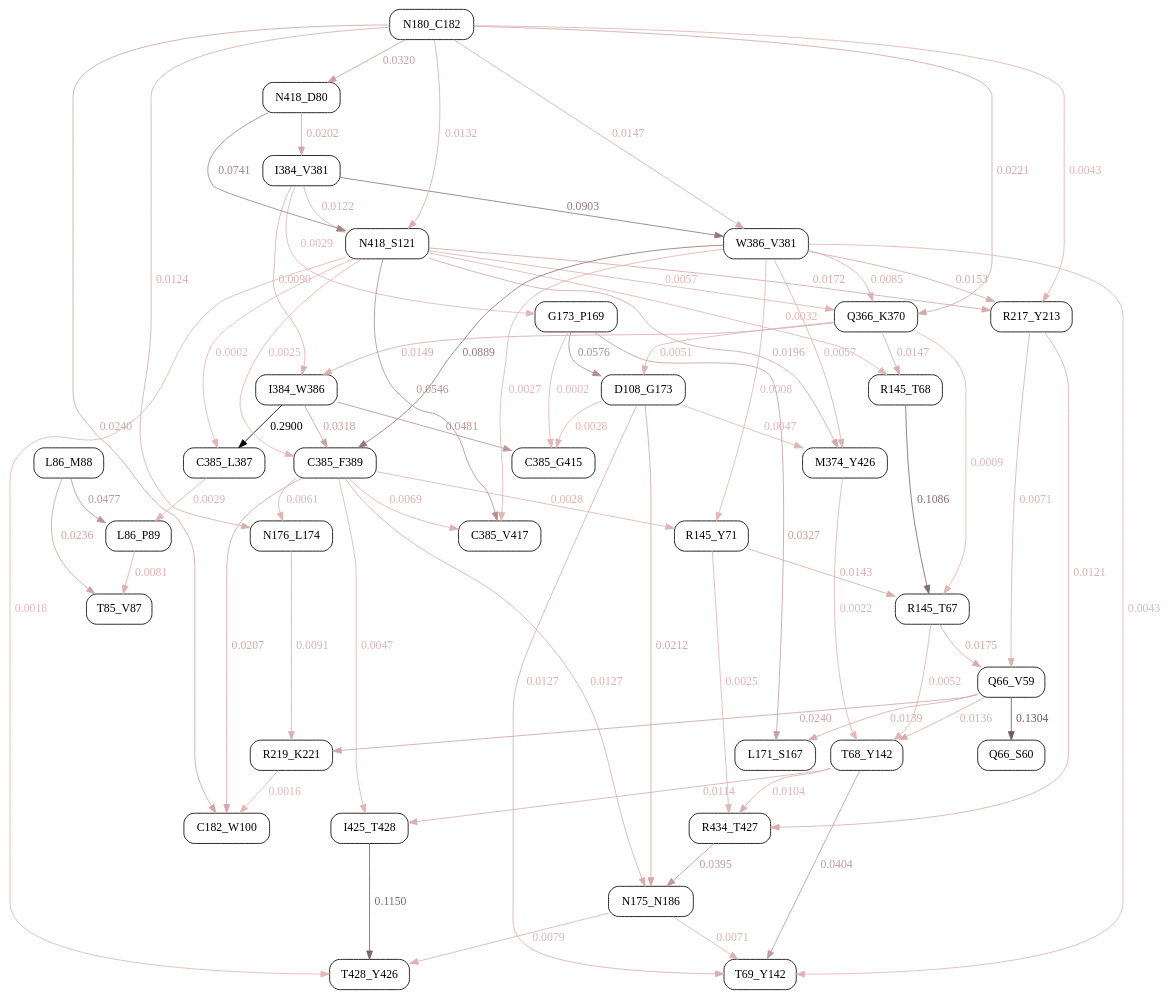
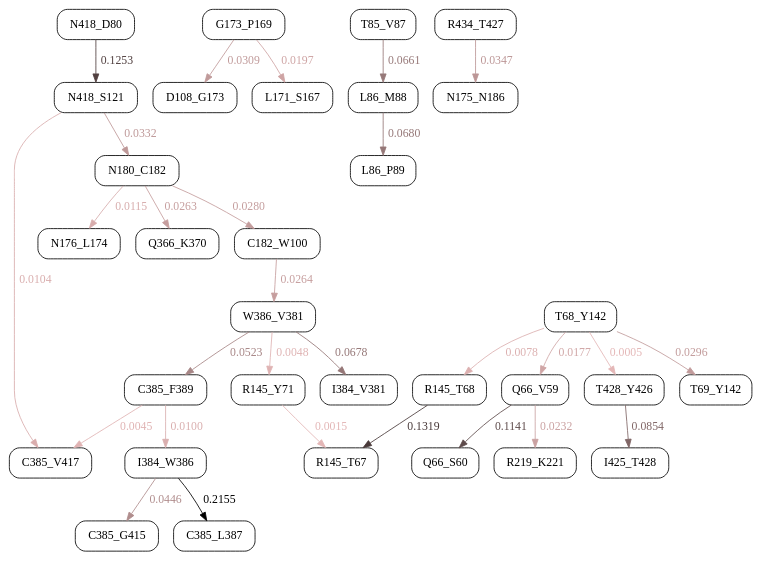
One commit to bandyt-group/drumbeat changed the diagram in drumbeat_demo/universalgraph.dot. Above: the diagram before and after it, drawn with Graphviz. The commit also changed 4 other files, not shown here.

```diff
--- a/drumbeat_demo/universalgraph.dot
+++ b/drumbeat_demo/universalgraph.dot
@@ -1,109 +1,59 @@
 digraph G{
  ratio=fill;
  node [shape=box, style=rounded];
             edge [penwidth=1];
 "C182_W100";
 "C385_F389";
 "C385_G415";
 "C385_L387";
 "C385_V417";
 "D108_G173";
-"G173_P169";
 "I384_V381";
 "I384_W386";
 "I425_T428";
 "L171_S167";
+"L86_M88";
 "L86_P89";
-"M374_Y426";
 "N175_N186";
 "N176_L174";
-"N418_D80";
+"N180_C182";
 "N418_S121";
 "Q366_K370";
 "Q66_S60";
 "Q66_V59";
 "R145_T67";
 "R145_T68";
 "R145_Y71";
-"R217_Y213";
 "R219_K221";
-"R434_T427";
 "T428_Y426";
-"T68_Y142";
 "T69_Y142";
-"T85_V87";
 "W386_V381";
-"C385_F389" -> "C182_W100" [color="0 .2 0.8285853490435748", fontcolor="0 .2 0.8285853490435748", style=bold, label="0.0207" ];
-"N180_C182" -> "C182_W100" [color="0 .2 0.8174130811180798", fontcolor="0 .2 0.8174130811180798", style=bold, label="0.0240" ];
-"R219_K221" -> "C182_W100" [color="0 .2 0.8946348844006938", fontcolor="0 .2 0.8946348844006938", style=bold, label="0.0016" ];
-"I384_W386" -> "C385_F389" [color="0 .2 0.7903559105550272", fontcolor="0 .2 0.7903559105550272", style=bold, label="0.0318" ];
-"N418_S121" -> "C385_F389" [color="0 .2 0.8912407640443717", fontcolor="0 .2 0.8912407640443717", style=bold, label="0.0025" ];
-"W386_V381" -> "C385_F389" [color="0 .2 0.5934226361759604", fontcolor="0 .2 0.5934226361759604", style=bold, label="0.0889" ];
-"D108_G173" -> "C385_G415" [color="0 .2 0.8902363921918073", fontcolor="0 .2 0.8902363921918073", style=bold, label="0.0028" ];
-"G173_P169" -> "C385_G415" [color="0 .2 0.8993305497165239", fontcolor="0 .2 0.8993305497165239", style=bold, label="0.0002" ];
-"I384_W386" -> "C385_G415" [color="0 .2 0.7342658685353703", fontcolor="0 .2 0.7342658685353703", style=bold, label="0.0481" ];
-"I384_W386" -> "C385_L387" [color="0 .2 -0.09999999999999998", fontcolor="0 .2 -0.09999999999999998", style=bold, label="0.2900" ];
-"N418_S121" -> "C385_L387" [color="0 .2 0.8994817751126806", fontcolor="0 .2 0.8994817751126806", style=bold, label="0.0002" ];
-"C385_F389" -> "C385_V417" [color="0 .2 0.876319548264579", fontcolor="0 .2 0.876319548264579", style=bold, label="0.0069" ];
-"N418_S121" -> "C385_V417" [color="0 .2 0.7116687228171077", fontcolor="0 .2 0.7116687228171077", style=bold, label="0.0546" ];
-"W386_V381" -> "C385_V417" [color="0 .2 0.8905741632288419", fontcolor="0 .2 0.8905741632288419", style=bold, label="0.0027" ];
-"G173_P169" -> "D108_G173" [color="0 .2 0.7014053521349494", fontcolor="0 .2 0.7014053521349494", style=bold, label="0.0576" ];
-"Q366_K370" -> "D108_G173" [color="0 .2 0.882250006439144", fontcolor="0 .2 0.882250006439144", style=bold, label="0.0051" ];
-"I384_V381" -> "G173_P169" [color="0 .2 0.8898295851142765", fontcolor="0 .2 0.8898295851142765", style=bold, label="0.0029" ];
-"N418_D80" -> "I384_V381" [color="0 .2 0.8305017140610318", fontcolor="0 .2 0.8305017140610318", style=bold, label="0.0202" ];
-"I384_V381" -> "I384_W386" [color="0 .2 0.8689987592769831", fontcolor="0 .2 0.8689987592769831", style=bold, label="0.0090" ];
-"Q366_K370" -> "I384_W386" [color="0 .2 0.848665141378832", fontcolor="0 .2 0.848665141378832", style=bold, label="0.0149" ];
-"C385_F389" -> "I425_T428" [color="0 .2 0.8837789976748365", fontcolor="0 .2 0.8837789976748365", style=bold, label="0.0047" ];
-"T68_Y142" -> "I425_T428" [color="0 .2 0.8607588079548039", fontcolor="0 .2 0.8607588079548039", style=bold, label="0.0114" ];
-"G173_P169" -> "L171_S167" [color="0 .2 0.7873103721355497", fontcolor="0 .2 0.7873103721355497", style=bold, label="0.0327" ];
-"Q66_V59" -> "L171_S167" [color="0 .2 0.8522232424791256", fontcolor="0 .2 0.8522232424791256", style=bold, label="0.0139" ];
-"C385_L387" -> "L86_P89" [color="0 .2 0.8901606821750754", fontcolor="0 .2 0.8901606821750754", style=bold, label="0.0029" ];
-"L86_M88" -> "L86_P89" [color="0 .2 0.735552358108375", fontcolor="0 .2 0.735552358108375", style=bold, label="0.0477" ];
-"D108_G173" -> "M374_Y426" [color="0 .2 0.8836685276340341", fontcolor="0 .2 0.8836685276340341", style=bold, label="0.0047" ];
-"N418_S121" -> "M374_Y426" [color="0 .2 0.8322475500832656", fontcolor="0 .2 0.8322475500832656", style=bold, label="0.0196" ];
-"W386_V381" -> "M374_Y426" [color="0 .2 0.8802236127614718", fontcolor="0 .2 0.8802236127614718", style=bold, label="0.0057" ];
-"C385_F389" -> "N175_N186" [color="0 .2 0.8562907831441111", fontcolor="0 .2 0.8562907831441111", style=bold, label="0.0127" ];
-"D108_G173" -> "N175_N186" [color="0 .2 0.8270614983680814", fontcolor="0 .2 0.8270614983680814", style=bold, label="0.0212" ];
-"R434_T427" -> "N175_N186" [color="0 .2 0.7636446986085993", fontcolor="0 .2 0.7636446986085993", style=bold, label="0.0395" ];
-"C385_F389" -> "N176_L174" [color="0 .2 0.8788474175489095", fontcolor="0 .2 0.8788474175489095", style=bold, label="0.0061" ];
-"N180_C182" -> "N176_L174" [color="0 .2 0.8572983075961211", fontcolor="0 .2 0.8572983075961211", style=bold, label="0.0124" ];
-"N180_C182" -> "N418_D80" [color="0 .2 0.7895731413532788", fontcolor="0 .2 0.7895731413532788", style=bold, label="0.0320" ];
-"I384_V381" -> "N418_S121" [color="0 .2 0.8578131568547536", fontcolor="0 .2 0.8578131568547536", style=bold, label="0.0122" ];
-"N180_C182" -> "N418_S121" [color="0 .2 0.8543682182998528", fontcolor="0 .2 0.8543682182998528", style=bold, label="0.0132" ];
-"N418_D80" -> "N418_S121" [color="0 .2 0.6445202541826643", fontcolor="0 .2 0.6445202541826643", style=bold, label="0.0741" ];
-"N180_C182" -> "Q366_K370" [color="0 .2 0.8238116616899082", fontcolor="0 .2 0.8238116616899082", style=bold, label="0.0221" ];
-"N418_S121" -> "Q366_K370" [color="0 .2 0.8802771803031387", fontcolor="0 .2 0.8802771803031387", style=bold, label="0.0057" ];
-"W386_V381" -> "Q366_K370" [color="0 .2 0.8705885145479673", fontcolor="0 .2 0.8705885145479673", style=bold, label="0.0085" ];
-"Q66_V59" -> "Q66_S60" [color="0 .2 0.45052590434688944", fontcolor="0 .2 0.45052590434688944", style=bold, label="0.1304" ];
-"R145_T67" -> "Q66_V59" [color="0 .2 0.839648219312405", fontcolor="0 .2 0.839648219312405", style=bold, label="0.0175" ];
-"R217_Y213" -> "Q66_V59" [color="0 .2 0.8756775821170523", fontcolor="0 .2 0.8756775821170523", style=bold, label="0.0071" ];
-"Q366_K370" -> "R145_T67" [color="0 .2 0.8968438312719065", fontcolor="0 .2 0.8968438312719065", style=bold, label="0.0009" ];
-"R145_T68" -> "R145_T67" [color="0 .2 0.5253789954621848", fontcolor="0 .2 0.5253789954621848", style=bold, label="0.1086" ];
-"R145_Y71" -> "R145_T67" [color="0 .2 0.8508268167708435", fontcolor="0 .2 0.8508268167708435", style=bold, label="0.0143" ];
-"N418_S121" -> "R145_T68" [color="0 .2 0.8888239820320728", fontcolor="0 .2 0.8888239820320728", style=bold, label="0.0032" ];
-"Q366_K370" -> "R145_T68" [color="0 .2 0.8491541850591808", fontcolor="0 .2 0.8491541850591808", style=bold, label="0.0147" ];
-"C385_F389" -> "R145_Y71" [color="0 .2 0.8902832337260054", fontcolor="0 .2 0.8902832337260054", style=bold, label="0.0028" ];
-"W386_V381" -> "R145_Y71" [color="0 .2 0.8972114931284116", fontcolor="0 .2 0.8972114931284116", style=bold, label="0.0008" ];
-"N180_C182" -> "R217_Y213" [color="0 .2 0.8851593712006374", fontcolor="0 .2 0.8851593712006374", style=bold, label="0.0043" ];
-"N418_S121" -> "R217_Y213" [color="0 .2 0.8406746156409538", fontcolor="0 .2 0.8406746156409538", style=bold, label="0.0172" ];
-"W386_V381" -> "R217_Y213" [color="0 .2 0.847180259147244", fontcolor="0 .2 0.847180259147244", style=bold, label="0.0153" ];
-"N176_L174" -> "R219_K221" [color="0 .2 0.8687805866464624", fontcolor="0 .2 0.8687805866464624", style=bold, label="0.0091" ];
-"Q66_V59" -> "R219_K221" [color="0 .2 0.8172462149799795", fontcolor="0 .2 0.8172462149799795", style=bold, label="0.0240" ];
-"R145_Y71" -> "R434_T427" [color="0 .2 0.8914486348770232", fontcolor="0 .2 0.8914486348770232", style=bold, label="0.0025" ];
-"R217_Y213" -> "R434_T427" [color="0 .2 0.8581904822386356", fontcolor="0 .2 0.8581904822386356", style=bold, label="0.0121" ];
-"T68_Y142" -> "R434_T427" [color="0 .2 0.8640093308619725", fontcolor="0 .2 0.8640093308619725", style=bold, label="0.0104" ];
-"I425_T428" -> "T428_Y426" [color="0 .2 0.5035771669485423", fontcolor="0 .2 0.5035771669485423", style=bold, label="0.1150" ];
-"N175_N186" -> "T428_Y426" [color="0 .2 0.872591385404682", fontcolor="0 .2 0.872591385404682", style=bold, label="0.0079" ];
-"N418_S121" -> "T428_Y426" [color="0 .2 0.8937340745765419", fontcolor="0 .2 0.8937340745765419", style=bold, label="0.0018" ];
-"M374_Y426" -> "T68_Y142" [color="0 .2 0.8925070472730476", fontcolor="0 .2 0.8925070472730476", style=bold, label="0.0022" ];
-"Q66_V59" -> "T68_Y142" [color="0 .2 0.8529373627248414", fontcolor="0 .2 0.8529373627248414", style=bold, label="0.0136" ];
-"R145_T67" -> "T68_Y142" [color="0 .2 0.8819264113585222", fontcolor="0 .2 0.8819264113585222", style=bold, label="0.0052" ];
-"D108_G173" -> "T69_Y142" [color="0 .2 0.8560902833347065", fontcolor="0 .2 0.8560902833347065", style=bold, label="0.0127" ];
-"N175_N186" -> "T69_Y142" [color="0 .2 0.8755557002241373", fontcolor="0 .2 0.8755557002241373", style=bold, label="0.0071" ];
-"T68_Y142" -> "T69_Y142" [color="0 .2 0.7606211211766212", fontcolor="0 .2 0.7606211211766212", style=bold, label="0.0404" ];
-"W386_V381" -> "T69_Y142" [color="0 .2 0.8852479081783096", fontcolor="0 .2 0.8852479081783096", style=bold, label="0.0043" ];
-"L86_M88" -> "T85_V87" [color="0 .2 0.8187188385004563", fontcolor="0 .2 0.8187188385004563", style=bold, label="0.0236" ];
-"L86_P89" -> "T85_V87" [color="0 .2 0.8722098144371738", fontcolor="0 .2 0.8722098144371738", style=bold, label="0.0081" ];
-"I384_V381" -> "W386_V381" [color="0 .2 0.5885968367943015", fontcolor="0 .2 0.5885968367943015", style=bold, label="0.0903" ];
-"N180_C182" -> "W386_V381" [color="0 .2 0.8492274967147752", fontcolor="0 .2 0.8492274967147752", style=bold, label="0.0147" ];
+"N180_C182" -> "C182_W100" [color="0 .2 0.7701079634683251", fontcolor="0 .2 0.7701079634683251", style=bold, label="0.0280" ];
+"W386_V381" -> "C385_F389" [color="0 .2 0.6573382933363658", fontcolor="0 .2 0.6573382933363658", style=bold, label="0.0523" ];
+"I384_W386" -> "C385_G415" [color="0 .2 0.6932361890863386", fontcolor="0 .2 0.6932361890863386", style=bold, label="0.0446" ];
+"I384_W386" -> "C385_L387" [color="0 .2 -0.09999999999999998", fontcolor="0 .2 -0.09999999999999998", style=bold, label="0.2155" ];
+"C385_F389" -> "C385_V417" [color="0 .2 0.8789199295783389", fontcolor="0 .2 0.8789199295783389", style=bold, label="0.0045" ];
+"N418_S121" -> "C385_V417" [color="0 .2 0.8517998680213691", fontcolor="0 .2 0.8517998680213691", style=bold, label="0.0104" ];
+"G173_P169" -> "D108_G173" [color="0 .2 0.7568168805435449", fontcolor="0 .2 0.7568168805435449", style=bold, label="0.0309" ];
+"W386_V381" -> "I384_V381" [color="0 .2 0.5852971734593468", fontcolor="0 .2 0.5852971734593468", style=bold, label="0.0678" ];
+"C385_F389" -> "I384_W386" [color="0 .2 0.8536229900296655", fontcolor="0 .2 0.8536229900296655", style=bold, label="0.0100" ];
+"T428_Y426" -> "I425_T428" [color="0 .2 0.5039025712475934", fontcolor="0 .2 0.5039025712475934", style=bold, label="0.0854" ];
+"G173_P169" -> "L171_S167" [color="0 .2 0.8087061882624397", fontcolor="0 .2 0.8087061882624397", style=bold, label="0.0197" ];
+"T85_V87" -> "L86_M88" [color="0 .2 0.5933719313349606", fontcolor="0 .2 0.5933719313349606", style=bold, label="0.0661" ];
+"L86_M88" -> "L86_P89" [color="0 .2 0.584363272619429", fontcolor="0 .2 0.584363272619429", style=bold, label="0.0680" ];
+"R434_T427" -> "N175_N186" [color="0 .2 0.738905747084684", fontcolor="0 .2 0.738905747084684", style=bold, label="0.0347" ];
+"N180_C182" -> "N176_L174" [color="0 .2 0.8467059845000986", fontcolor="0 .2 0.8467059845000986", style=bold, label="0.0115" ];
+"N418_S121" -> "N180_C182" [color="0 .2 0.7459997782425164", fontcolor="0 .2 0.7459997782425164", style=bold, label="0.0332" ];
+"N418_D80" -> "N418_S121" [color="0 .2 0.31852561266657275", fontcolor="0 .2 0.31852561266657275", style=bold, label="0.1253" ];
+"N180_C182" -> "Q366_K370" [color="0 .2 0.7780131782776085", fontcolor="0 .2 0.7780131782776085", style=bold, label="0.0263" ];
+"Q66_V59" -> "Q66_S60" [color="0 .2 0.3704965280571577", fontcolor="0 .2 0.3704965280571577", style=bold, label="0.1141" ];
+"T68_Y142" -> "Q66_V59" [color="0 .2 0.8177216434362913", fontcolor="0 .2 0.8177216434362913", style=bold, label="0.0177" ];
+"R145_T68" -> "R145_T67" [color="0 .2 0.2879343679398634", fontcolor="0 .2 0.2879343679398634", style=bold, label="0.1319" ];
+"R145_Y71" -> "R145_T67" [color="0 .2 0.8932221181422247", fontcolor="0 .2 0.8932221181422247", style=bold, label="0.0015" ];
+"T68_Y142" -> "R145_T68" [color="0 .2 0.8638992253039444", fontcolor="0 .2 0.8638992253039444", style=bold, label="0.0078" ];
+"W386_V381" -> "R145_Y71" [color="0 .2 0.8777361827382768", fontcolor="0 .2 0.8777361827382768", style=bold, label="0.0048" ];
+"Q66_V59" -> "R219_K221" [color="0 .2 0.7925886830831114", fontcolor="0 .2 0.7925886830831114", style=bold, label="0.0232" ];
+"T68_Y142" -> "T428_Y426" [color="0 .2 0.8976301476818521", fontcolor="0 .2 0.8976301476818521", style=bold, label="0.0005" ];
+"T68_Y142" -> "T69_Y142" [color="0 .2 0.7625394476725939", fontcolor="0 .2 0.7625394476725939", style=bold, label="0.0296" ];
+"C182_W100" -> "W386_V381" [color="0 .2 0.7776230532787296", fontcolor="0 .2 0.7776230532787296", style=bold, label="0.0264" ];
 }
```
